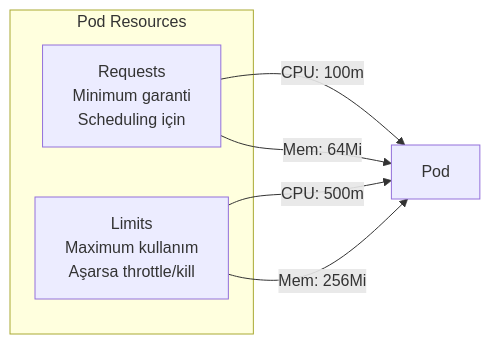
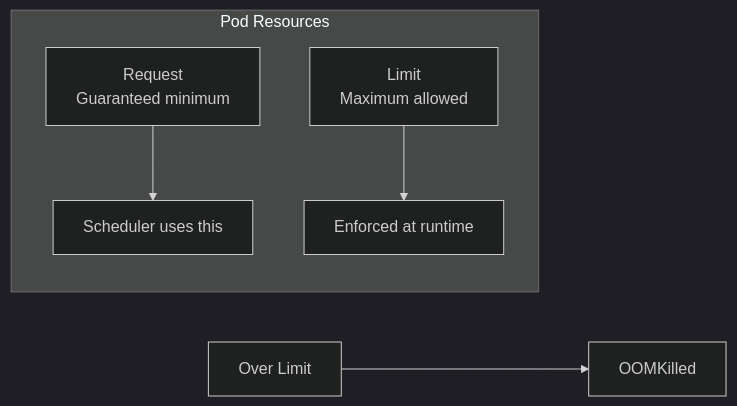
Before and after one commit to uzunenes/CKAD: the diagram in labs/lab-09-resource-limits.md, drawn with Mermaid. The commit also changed other lines of this file and 15 other files, not shown here.

Commit message:
🌍 Complete English translation - All 17 labs translated with dark mermaid themes

````diff
--- a/labs/lab-09-resource-limits.md
+++ b/labs/lab-09-resource-limits.md
@@ -12,12 +12,10 @@
 ```mermaid
+%%{init: {'theme': 'dark'}}%%
 graph LR
     subgraph "Pod Resources"
-        REQ[Requests<br/>Minimum garanti<br/>Scheduling için]
-        LIM[Limits<br/>Maximum kullanım<br/>Aşarsa throttle/kill]
+        REQ[Request<br/>Guaranteed minimum] --> SCH[Scheduler uses this]
+        LIM[Limit<br/>Maximum allowed] --> ENF[Enforced at runtime]
     end
     
-    REQ --> |CPU: 100m| POD[Pod]
-    LIM --> |CPU: 500m| POD
-    REQ --> |Mem: 64Mi| POD
-    LIM --> |Mem: 256Mi| POD
+    OOM[Over Limit] --> KILL[OOMKilled]
 ```
````
